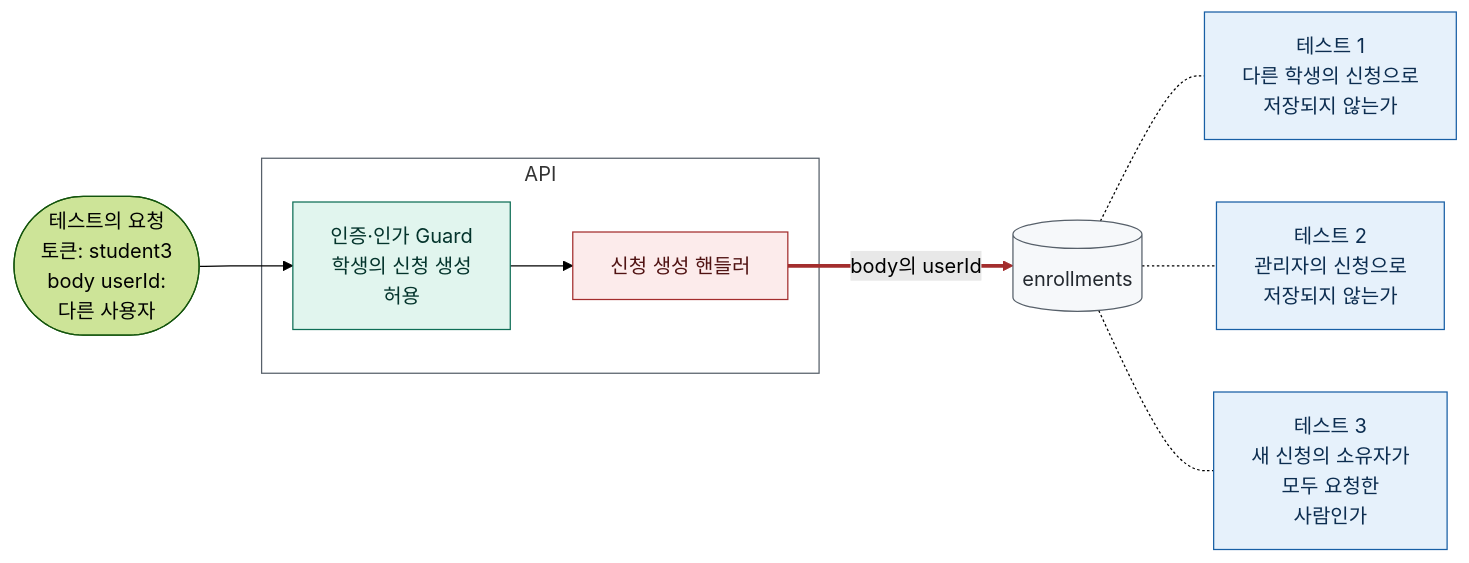
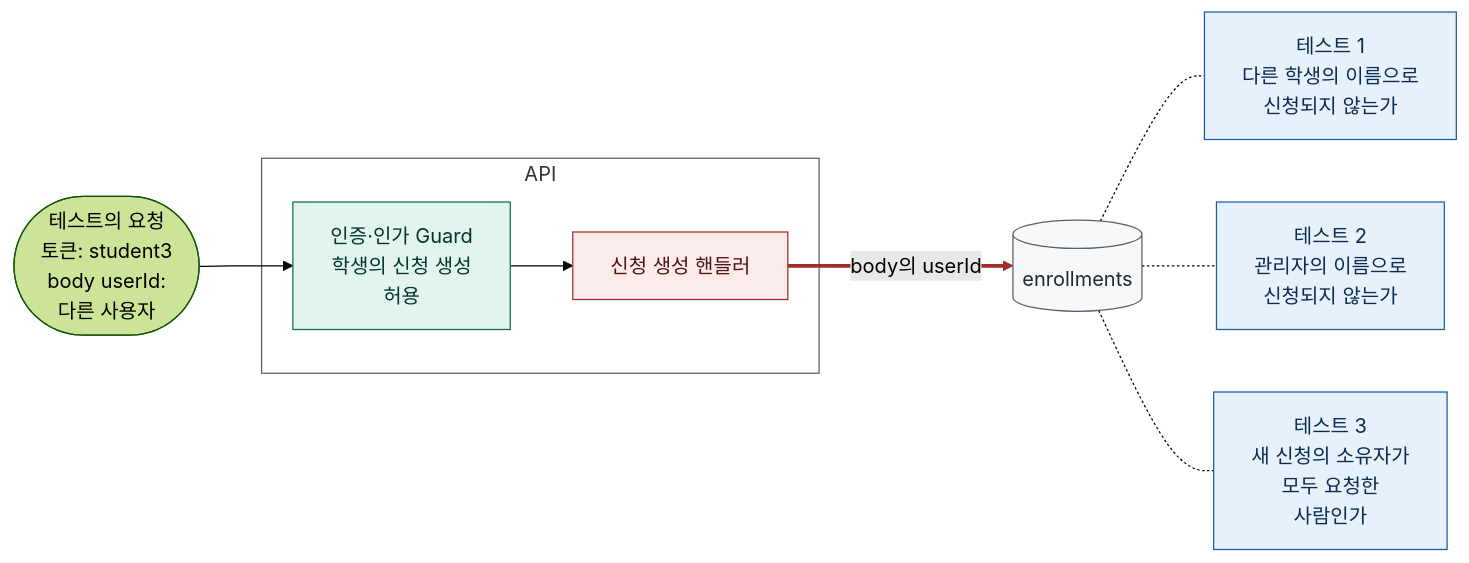
One commit to loquemedalagana/secure-enroll-demo changed the second of 4 diagrams in docs/diagnosis/defect-8.md. Above: the diagram before and after it, drawn with Mermaid (forest theme). The commit also changed other lines of this file and 2 other files, not shown here.

First line of the commit message:
결함 8의 출력과 테스트 문구를 '○○의 이름으로 신청됨'으로 고침

````diff
--- a/docs/diagnosis/defect-8.md
+++ b/docs/diagnosis/defect-8.md
@@ -143,29 +143,29 @@
 ```mermaid
 flowchart LR
   req(["테스트의 요청<br/>토큰: student3<br/>body userId:<br/>다른 사용자"])
 
   subgraph api["API"]
     g["인증·인가 Guard<br/>학생의 신청 생성<br/>허용"]
     h["신청 생성 핸들러"]
   end
 
   db[("enrollments")]
 
   req --> g --> h
   h == "body의 userId" ==> db
 
-  db -.- t1["테스트 1<br/>다른 학생의 신청으로<br/>저장되지 않는가"]
-  db -.- t2["테스트 2<br/>관리자의 신청으로<br/>저장되지 않는가"]
+  db -.- t1["테스트 1<br/>다른 학생의 이름으로<br/>신청되지 않는가"]
+  db -.- t2["테스트 2<br/>관리자의 이름으로<br/>신청되지 않는가"]
   db -.- t3["테스트 3<br/>새 신청의 소유자가<br/>모두 요청한<br/>사람인가"]
 
   classDef safe fill:#E1F5EE,stroke:#0F6E56,color:#04342C
   classDef danger fill:#FCEBEB,stroke:#A32D2D,color:#501313
   classDef neutral fill:#f6f8fa,stroke:#57606a,color:#24292f
   classDef test fill:#E6F1FB,stroke:#185FA5,color:#0C2D50
   class g safe
   class h danger
   class db neutral
   class t1,t2,t3 test
   style api fill:none,stroke:#57606a
   linkStyle 2 stroke:#A32D2D,stroke-width:3px
 ```
````
